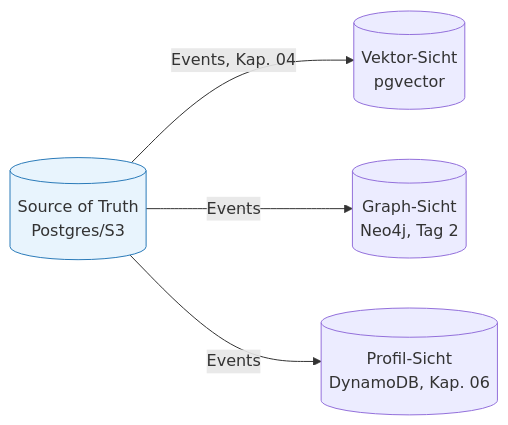
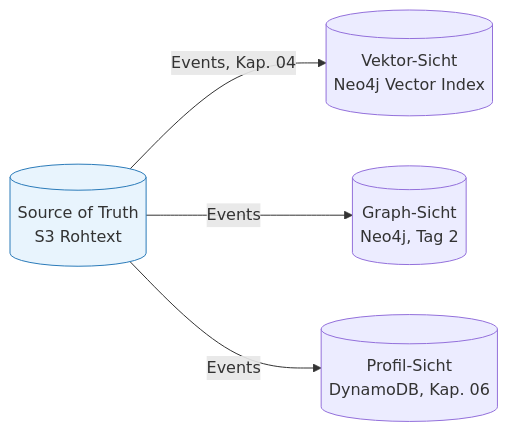
One commit to AndreyBulezyuk/Architecting_AI_Ready_Software changed the second of 2 diagrams in tag-1/05-daten-zentrierte-persistenz/theorie.md. Above: the diagram before and after it, drawn with Mermaid. The commit also changed other lines of this file and 68 other files, not shown here.

````diff
--- a/tag-1/05-daten-zentrierte-persistenz/theorie.md
+++ b/tag-1/05-daten-zentrierte-persistenz/theorie.md
@@ -107,7 +107,7 @@
 ```mermaid
 flowchart LR
-    SRC[(Source of Truth\nPostgres/S3)] -->|Events, Kap. 04| V[(Vektor-Sicht\npgvector)]
+    SRC[(Source of Truth\nS3 Rohtext)] -->|Events, Kap. 04| V[(Vektor-Sicht\nNeo4j Vector Index)]
     SRC -->|Events| G[(Graph-Sicht\nNeo4j, Tag 2)]
     SRC -->|Events| P[(Profil-Sicht\nDynamoDB, Kap. 06)]
     style SRC fill:#e8f4fd,stroke:#2b7bb9
 ```
````
